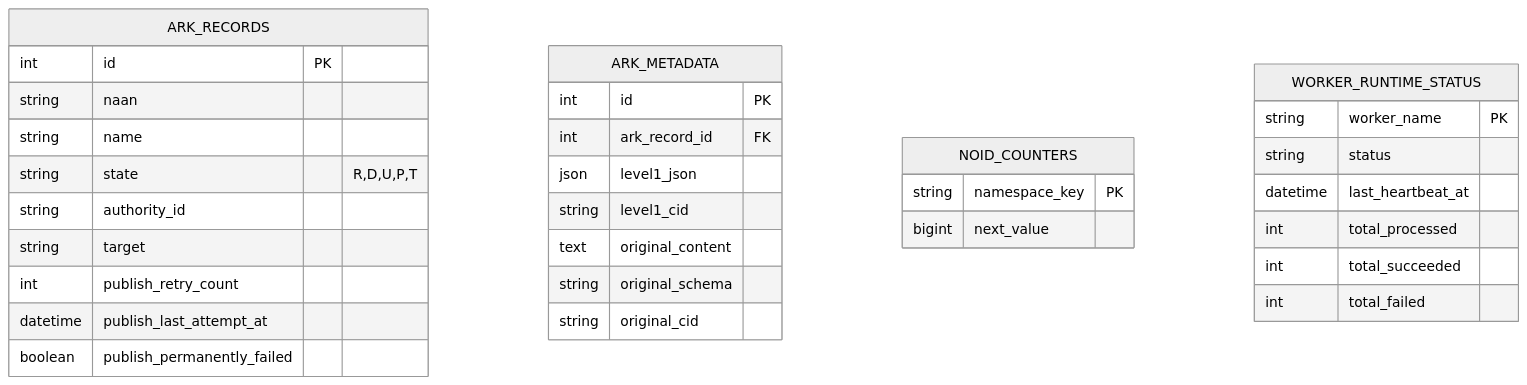
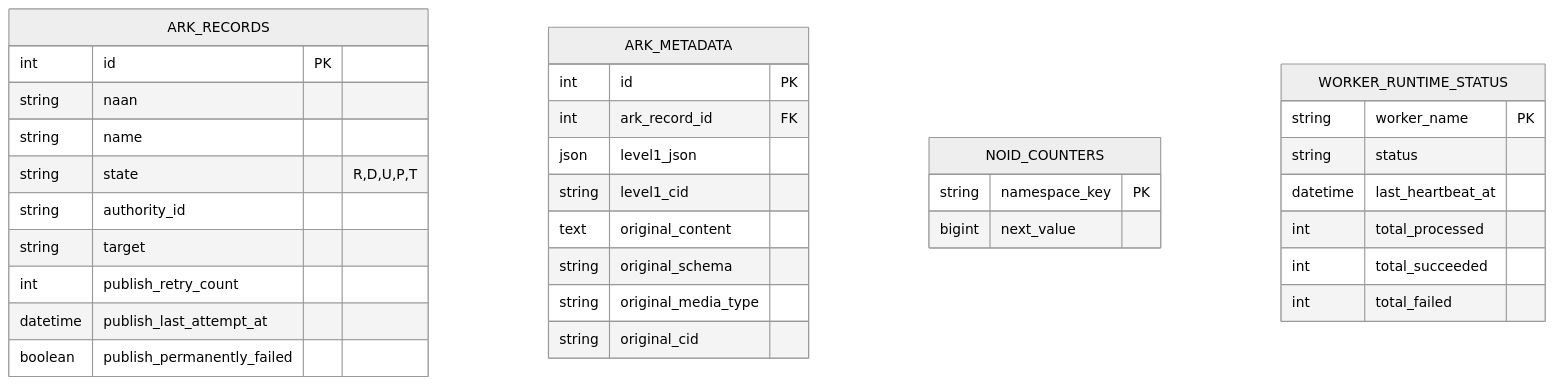
One commit to LA-Referencia-IOI/dark-core-minter-api changed diagram 11 of 12 in README.md. Above: the diagram before and after it, drawn with Mermaid (neutral theme). The commit also changed other lines of this file and 29 other files, not shown here.

````diff
--- a/README.md
+++ b/README.md
@@ -367,38 +370,39 @@
 ```mermaid
 erDiagram
     ARK_RECORDS {
         int id PK
         string naan
         string name
         string state "R,D,U,P,T"
         string authority_id
         string target
         int publish_retry_count
         datetime publish_last_attempt_at
         boolean publish_permanently_failed
     }
 
     ARK_METADATA {
         int id PK
         int ark_record_id FK
         json level1_json
         string level1_cid
         text original_content
         string original_schema
+        string original_media_type
         string original_cid
     }
 
     NOID_COUNTERS {
         string namespace_key PK
         bigint next_value
     }
 
     WORKER_RUNTIME_STATUS {
         string worker_name PK
         string status
         datetime last_heartbeat_at
         int total_processed
         int total_succeeded
         int total_failed
     }
 ```
````
